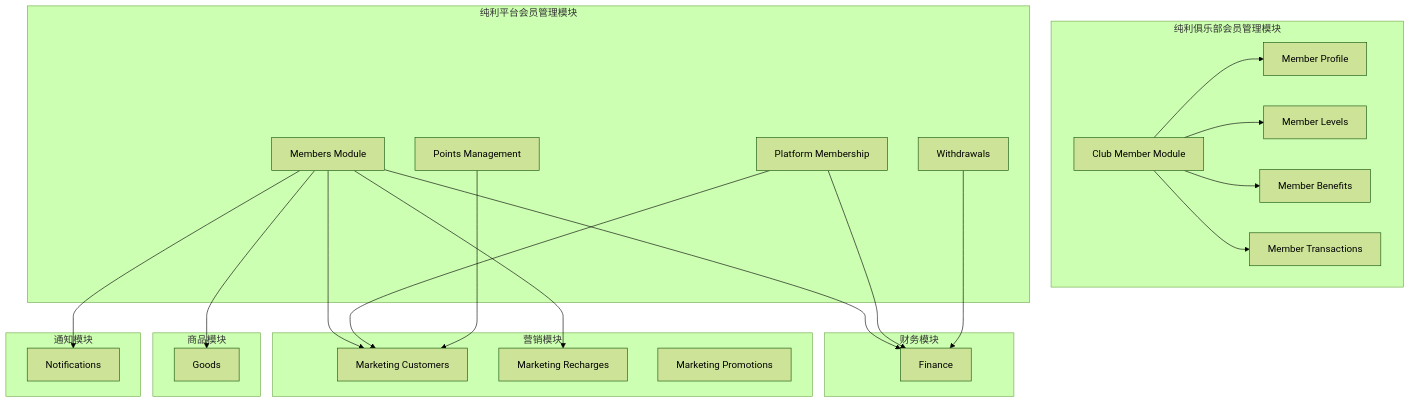
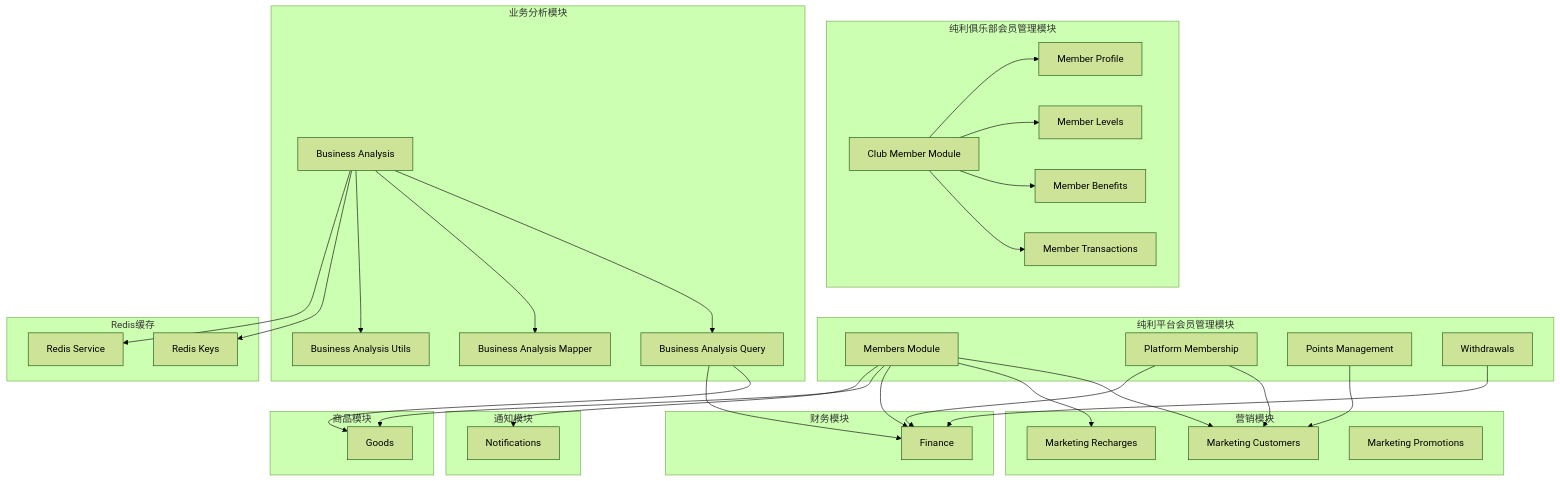
One commit to rc558620/purelyprofit-server changed diagram 16 of 17 in .qoder/repowiki/zh/content/业务模块/会员管理模块/会员管理模块.md. Above: the diagram before and after it, drawn with Mermaid (forest theme). The commit also changed other lines of this file and 16 other files, not shown here.

````diff
--- a/.qoder/repowiki/zh/content/业务模块/会员管理模块/会员管理模块.md
+++ b/.qoder/repowiki/zh/content/业务模块/会员管理模块/会员管理模块.md
@@ -580,43 +794,60 @@
 ```mermaid
 graph TB
 subgraph "纯利俱乐部会员管理模块"
 CM[Club Member Module]
 MP[Member Profile]
 ML[Member Levels]
 MB[Member Benefits]
 MT[Member Transactions]
 end
 subgraph "纯利平台会员管理模块"
 M[Members Module]
 PM[Platform Membership]
 P[Points Management]
 W[Withdrawals]
 end
+subgraph "业务分析模块"
+BA[Business Analysis]
+BAQ[Business Analysis Query]
+BAM[Business Analysis Mapper]
+BAU[Business Analysis Utils]
+end
 subgraph "营销模块"
 MC[Marketing Customers]
 MR[Marketing Recharges]
 MPromo[Marketing Promotions]
 end
 subgraph "财务模块"
 F[Finance]
 end
 subgraph "商品模块"
 G[Goods]
 end
 subgraph "通知模块"
 N[Notifications]
 end
+subgraph "Redis缓存"
+RK[Redis Keys]
+RS[Redis Service]
+end
 CM --> MP
 CM --> ML
 CM --> MB
 CM --> MT
 M --> MC
 M --> MR
 M --> F
 M --> G
 M --> N
 PM --> MC
 PM --> F
 P --> MC
 W --> F
+BA --> BAQ
+BA --> BAM
+BA --> BAU
+BA --> RK
+BA --> RS
+BAQ --> G
+BAQ --> F
 ```
````
